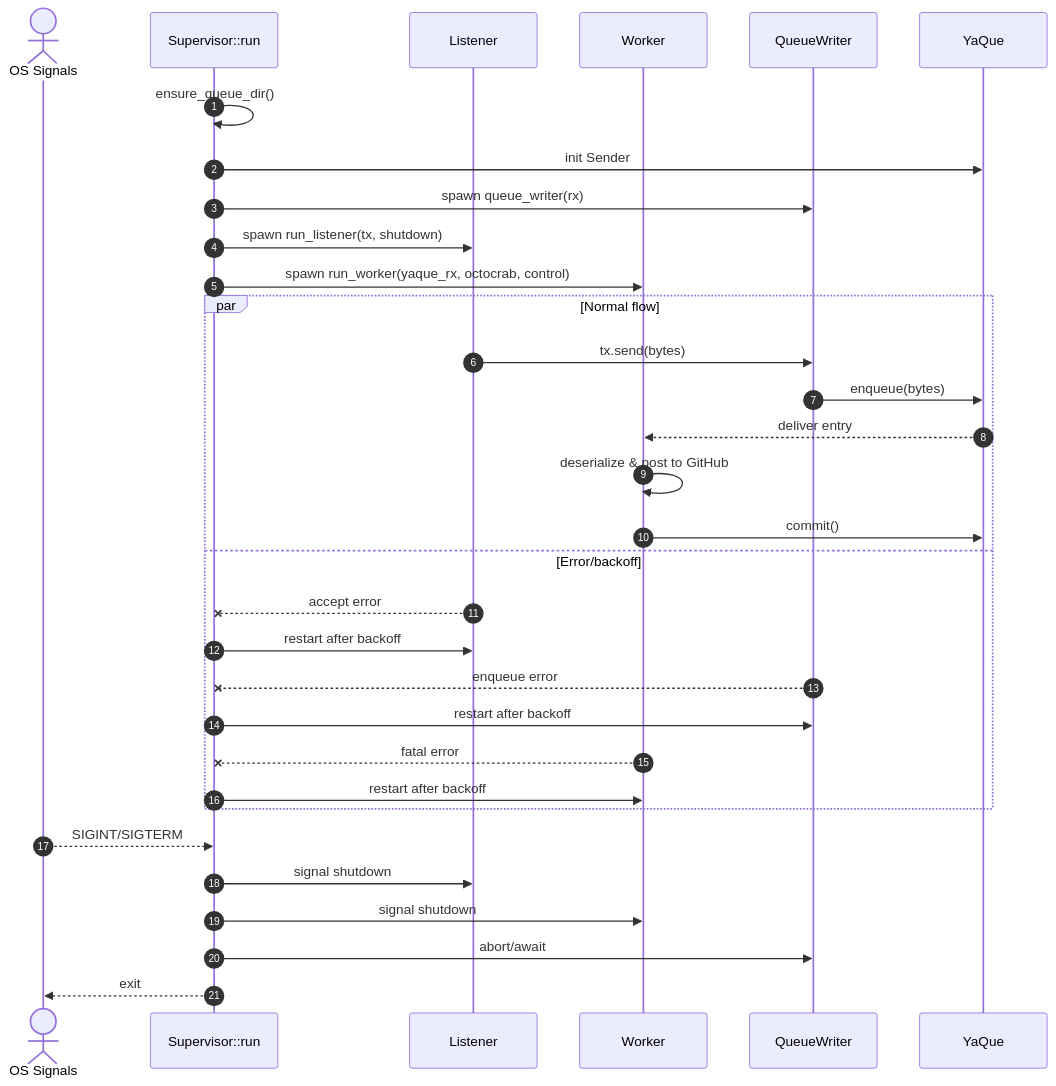
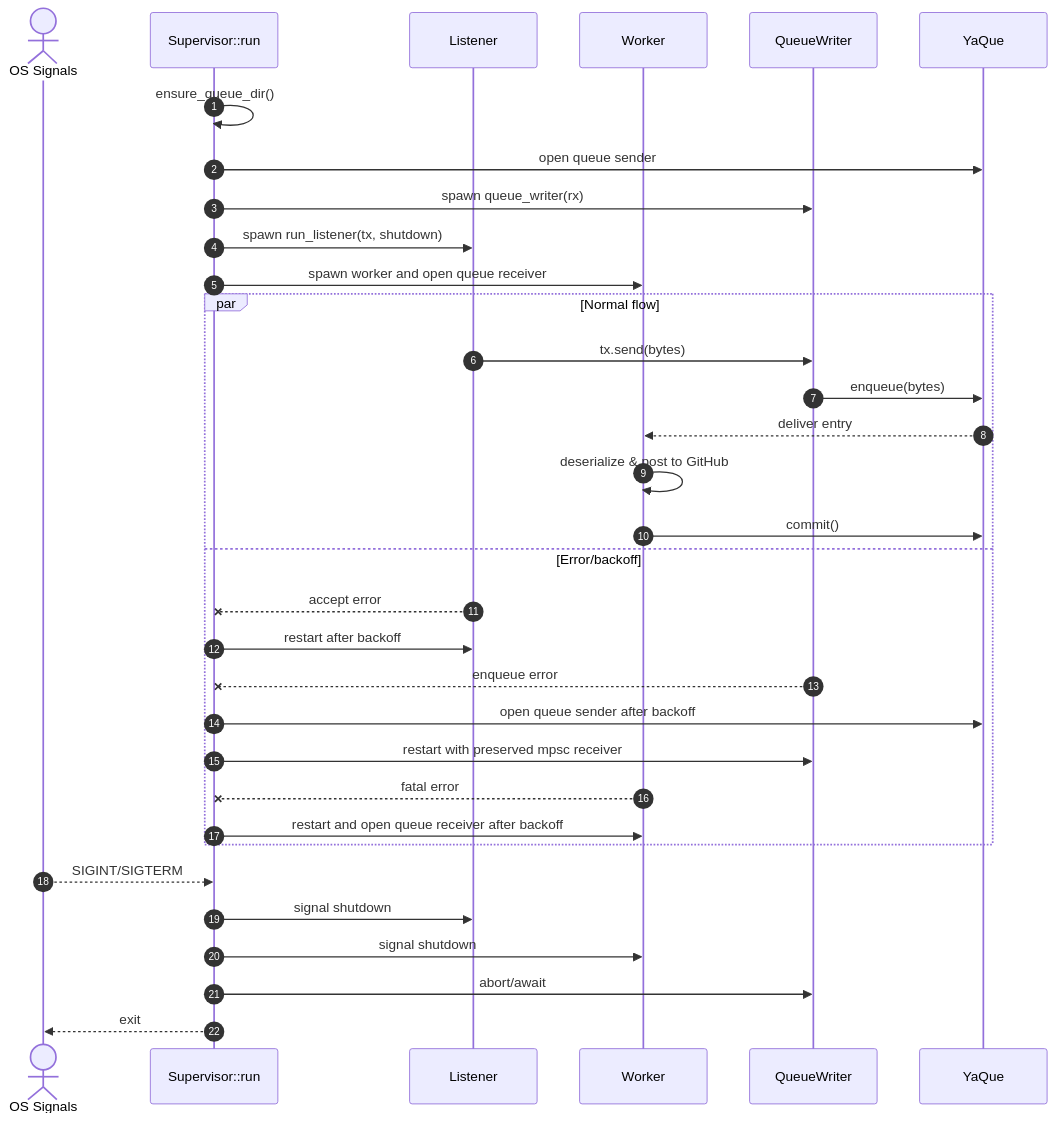
The first of 3 diagrams in docs/comenq-design.md (leynos/comenq), drawn with Mermaid before and after one commit. The commit also changed other lines of this file and 55 other files, not shown here.

````diff
--- a/docs/comenq-design.md
+++ b/docs/comenq-design.md
@@ -399,37 +274,38 @@
 ```mermaid
 sequenceDiagram
   autonumber
   actor OS as OS Signals
   participant Sup as Supervisor::run
   participant L as Listener
   participant W as Worker
   participant QW as QueueWriter
   participant YQ as YaQue
 
   Sup->>Sup: ensure_queue_dir()
-  Sup->>YQ: init Sender
+  Sup->>YQ: open queue sender
   Sup->>QW: spawn queue_writer(rx)
   Sup->>L: spawn run_listener(tx, shutdown)
-  Sup->>W: spawn run_worker(yaque_rx, octocrab, control)
+  Sup->>W: spawn worker and open queue receiver
 
   par Normal flow
     L->>QW: tx.send(bytes)
     QW->>YQ: enqueue(bytes)
     YQ-->>W: deliver entry
     W->>W: deserialize & post to GitHub
     W->>YQ: commit()
   and Error/backoff
     L--x Sup: accept error
     Sup->>L: restart after backoff
     QW--x Sup: enqueue error
-    Sup->>QW: restart after backoff
+    Sup->>YQ: open queue sender after backoff
+    Sup->>QW: restart with preserved mpsc receiver
     W--x Sup: fatal error
-    Sup->>W: restart after backoff
+    Sup->>W: restart and open queue receiver after backoff
   end
 
   OS-->>Sup: SIGINT/SIGTERM
   Sup->>L: signal shutdown
   Sup->>W: signal shutdown
   Sup->>QW: abort/await
   Sup-->>OS: exit
 ```
````
